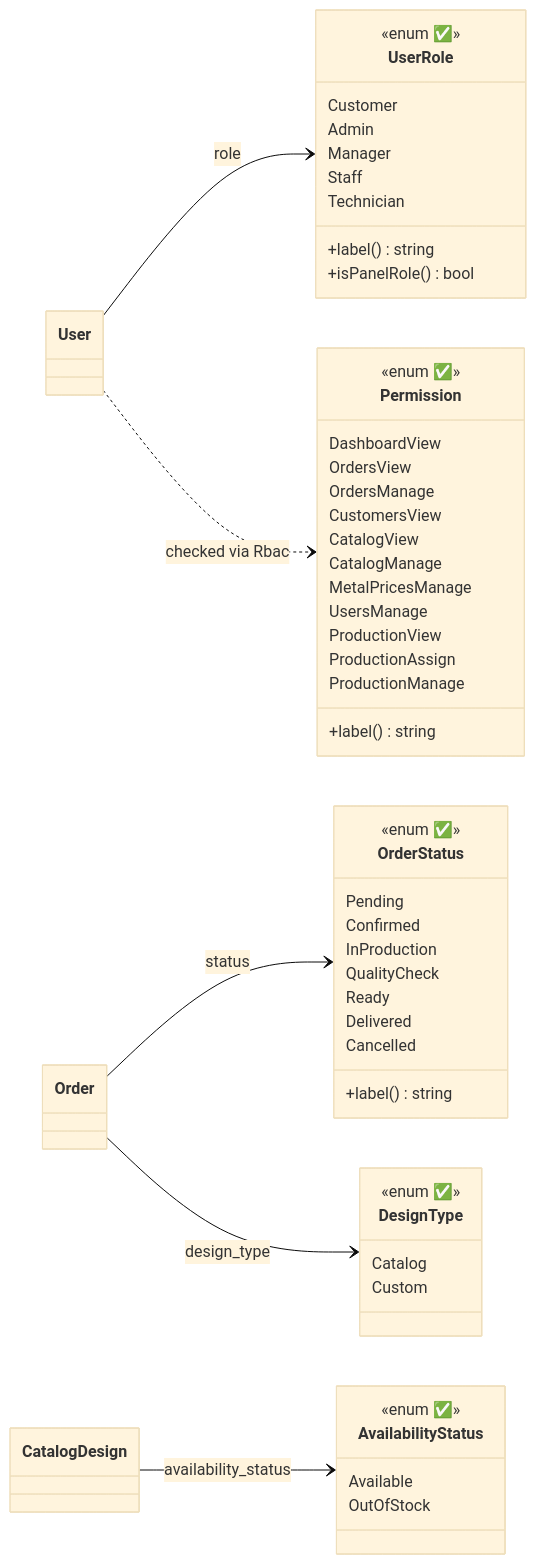
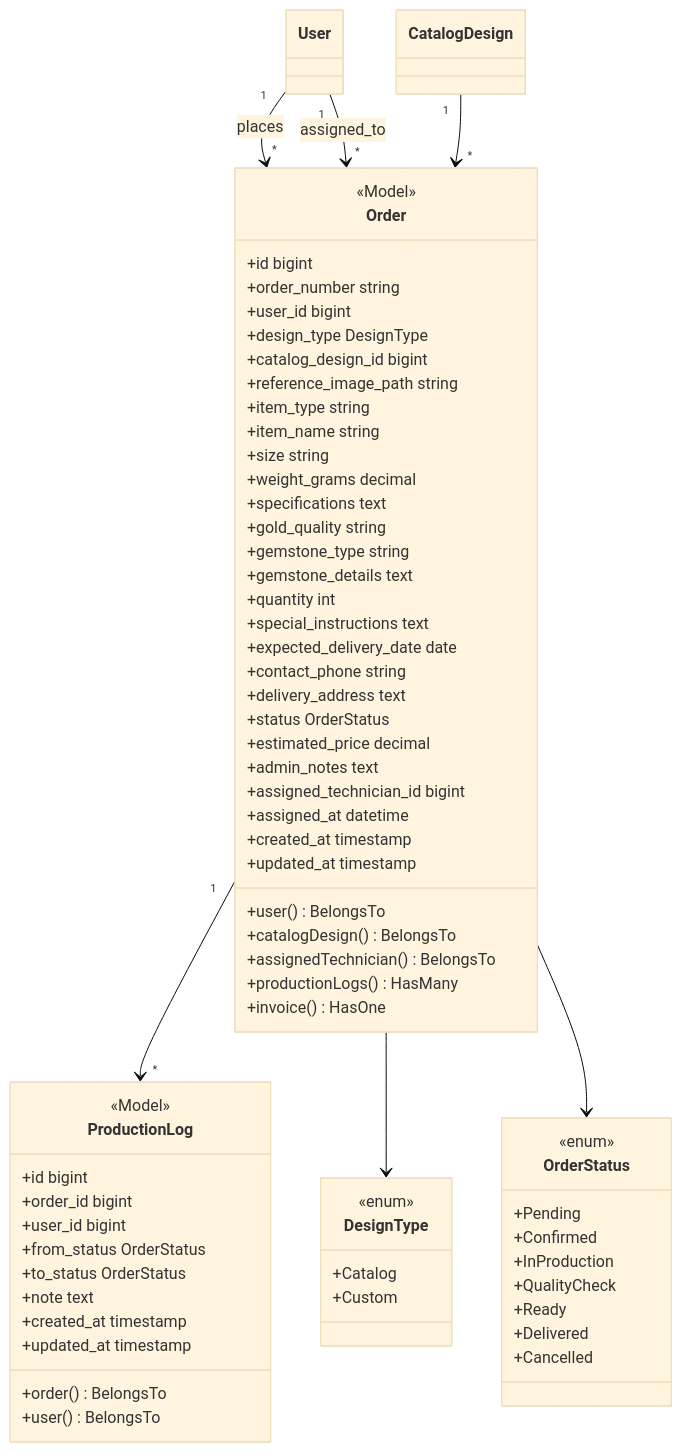
Before and after one commit to dilshankum95/rajabharana-jewellery-management-system: the third of 8 diagrams in docs/CLASS_DIAGRAM.md, drawn with Mermaid (base theme). The commit also changed other lines of this file and 112 other files, not shown here.

````diff
--- a/docs/CLASS_DIAGRAM.md
+++ b/docs/CLASS_DIAGRAM.md
@@ -126,61 +102,72 @@
 ```mermaid
 classDiagram
-    direction LR
-
-    class UserRole {
-        <<enum ✅>>
-        Customer
-        Admin
-        Manager
-        Staff
-        Technician
-        +label() string
-        +isPanelRole() bool
+    direction TB
+    class Order {
+        <<Model>>
+        +id bigint
+        +order_number string
+        +user_id bigint
+        +design_type DesignType
+        +catalog_design_id bigint
+        +reference_image_path string
+        +item_type string
+        +item_name string
+        +size string
+        +weight_grams decimal
+        +specifications text
+        +gold_quality string
+        +gemstone_type string
+        +gemstone_details text
+        +quantity int
+        +special_instructions text
+        +expected_delivery_date date
+        +contact_phone string
+        +delivery_address text
+        +status OrderStatus
+        +estimated_price decimal
+        +admin_notes text
+        +assigned_technician_id bigint
+        +assigned_at datetime
+        +created_at timestamp
+        +updated_at timestamp
+        +user() BelongsTo
+        +catalogDesign() BelongsTo
+        +assignedTechnician() BelongsTo
+        +productionLogs() HasMany
+        +invoice() HasOne
     }
-
-    class Permission {
-        <<enum ✅>>
-        DashboardView
-        OrdersView
-        OrdersManage
-        CustomersView
-        CatalogView
-        CatalogManage
-        MetalPricesManage
-        UsersManage
-        ProductionView
-        ProductionAssign
-        ProductionManage
-        +label() string
+    class ProductionLog {
+        <<Model>>
+        +id bigint
+        +order_id bigint
+        +user_id bigint
+        +from_status OrderStatus
+        +to_status OrderStatus
+        +note text
+        +created_at timestamp
+        +updated_at timestamp
+        +order() BelongsTo
+        +user() BelongsTo
     }
-
+    class DesignType {
+        <<enum>>
+        +Catalog
+        +Custom
+    }
     class OrderStatus {
-        <<enum ✅>>
-        Pending
-        Confirmed
-        InProduction
-        QualityCheck
-        Ready
-        Delivered
-        Cancelled
-        +label() string
+        <<enum>>
+        +Pending
+        +Confirmed
+        +InProduction
+        +QualityCheck
+        +Ready
+        +Delivered
+        +Cancelled
     }
-
-    class DesignType {
-        <<enum ✅>>
-        Catalog
-        Custom
-    }
-
-    class AvailabilityStatus {
-        <<enum ✅>>
-        Available
-        OutOfStock
-    }
-
-    User --> UserRole : role
-    Order --> OrderStatus : status
-    Order --> DesignType : design_type
-    CatalogDesign --> AvailabilityStatus : availability_status
-    User ..> Permission : checked via Rbac
+    User "1" --> "*" Order : places
+    User "1" --> "*" Order : assigned_to
+    CatalogDesign "1" --> "*" Order
+    Order "1" --> "*" ProductionLog
+    Order --> DesignType
+    Order --> OrderStatus
 ```
````
